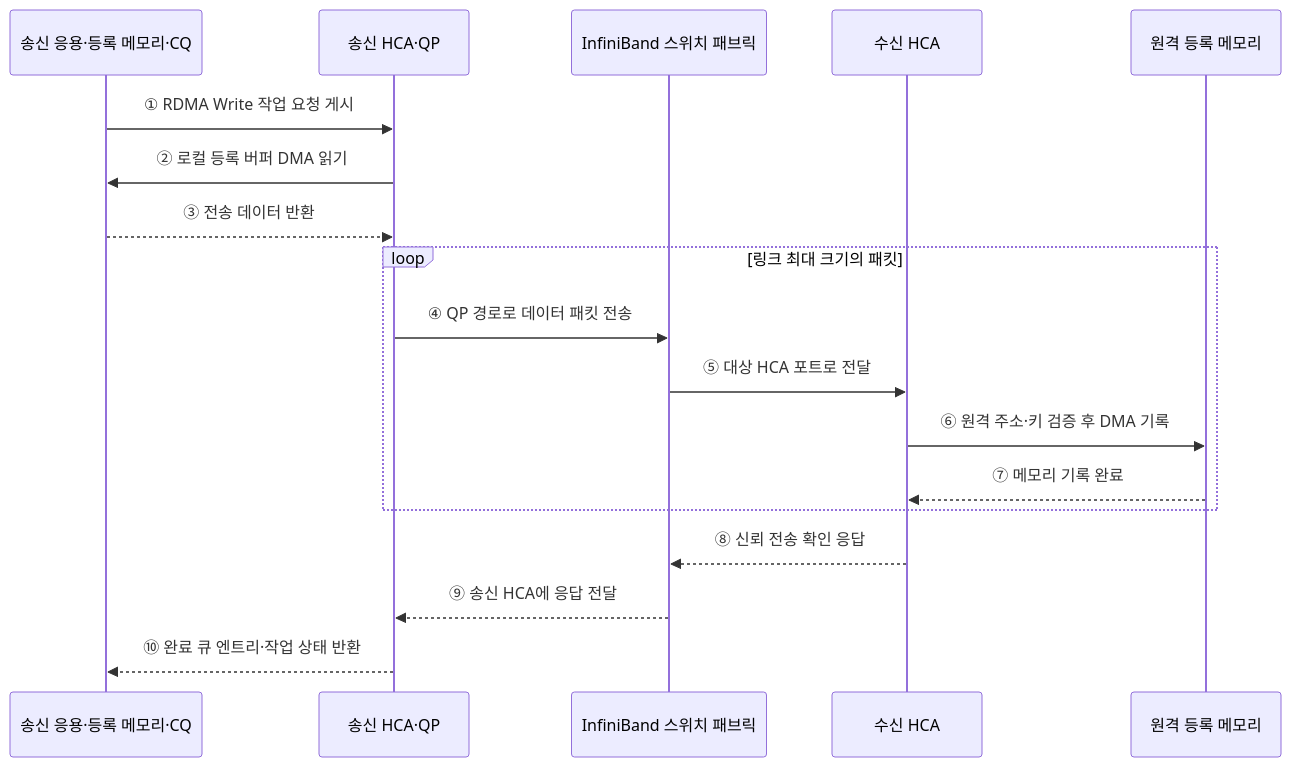
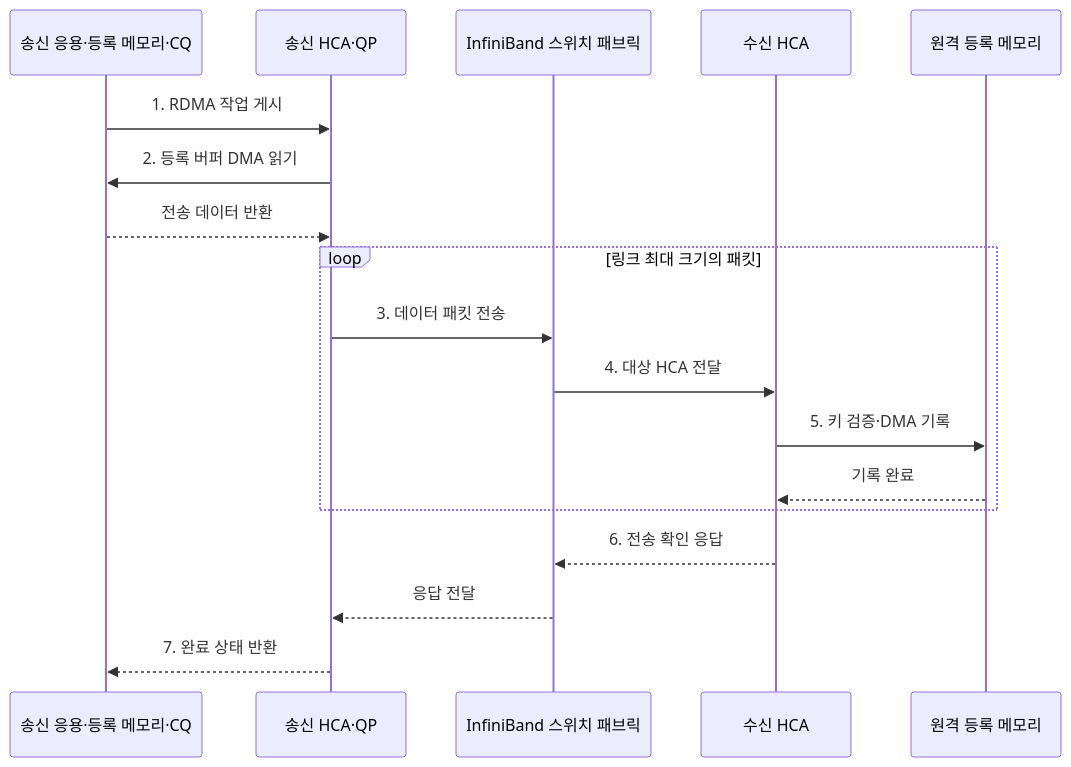
Before and after one commit to agnusdei1207/knowledge-base: the second of 2 diagrams in src/content/docs/notes/02-hardware/048_infiniband.md, drawn with Mermaid. The commit also changed other lines of this file and 20 other files, not shown here.

````diff
--- a/src/content/docs/notes/02-hardware/048_infiniband.md
+++ b/src/content/docs/notes/02-hardware/048_infiniband.md
@@ -78,21 +87,21 @@
 ```mermaid
 sequenceDiagram
     participant A as 송신 응용·등록 메모리·CQ
     participant HS as 송신 HCA·QP
     participant F as InfiniBand 스위치 패브릭
     participant HR as 수신 HCA
     participant MR as 원격 등록 메모리
 
-    A->>HS: ① RDMA Write 작업 요청 게시
-    HS->>A: ② 로컬 등록 버퍼 DMA 읽기
-    A-->>HS: ③ 전송 데이터 반환
+    A->>HS: 1. RDMA 작업 게시
+    HS->>A: 2. 등록 버퍼 DMA 읽기
+    A-->>HS: 전송 데이터 반환
     loop 링크 최대 크기의 패킷
-        HS->>F: ④ QP 경로로 데이터 패킷 전송
-        F->>HR: ⑤ 대상 HCA 포트로 전달
-        HR->>MR: ⑥ 원격 주소·키 검증 후 DMA 기록
-        MR-->>HR: ⑦ 메모리 기록 완료
+        HS->>F: 3. 데이터 패킷 전송
+        F->>HR: 4. 대상 HCA 전달
+        HR->>MR: 5. 키 검증·DMA 기록
+        MR-->>HR: 기록 완료
     end
-    HR-->>F: ⑧ 신뢰 전송 확인 응답
-    F-->>HS: ⑨ 송신 HCA에 응답 전달
-    HS-->>A: ⑩ 완료 큐 엔트리·작업 상태 반환
+    HR-->>F: 6. 전송 확인 응답
+    F-->>HS: 응답 전달
+    HS-->>A: 7. 완료 상태 반환
 ```
````
